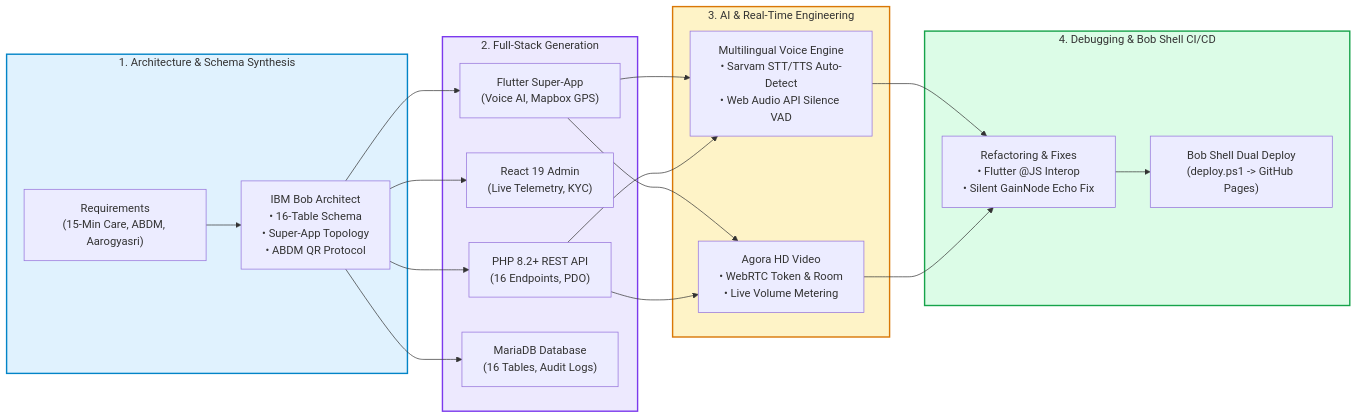
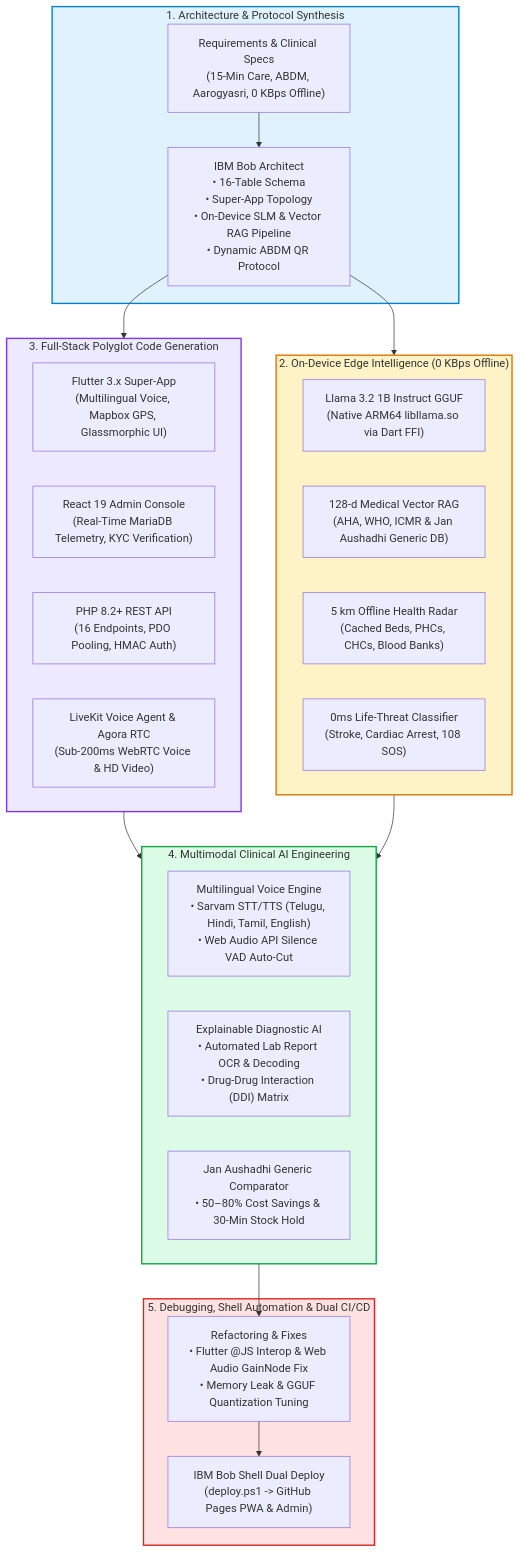
The diagram in Important_Files/IBM_BOB.md (pavanstarkin-tech/sanjeevani-ai), drawn with Mermaid before and after one commit. The commit also changed other lines of this file and 102 other files, not shown here.

Commit message:
feat: Sanjeevani.ai updates — brand logo, splash flow UI gallery, and IBM Bob architecture report

````diff
--- a/Important_Files/IBM_BOB.md
+++ b/Important_Files/IBM_BOB.md
@@ -11,31 +11,42 @@
 ```mermaid
-flowchart LR
-    subgraph BobArchitecture["1. Architecture & Schema Synthesis"]
-        Spec["Requirements<br/>(15-Min Care, ABDM, Aarogyasri)"] --> BobArch["IBM Bob Architect<br/>• 16-Table Schema<br/>• Super-App Topology<br/>• ABDM QR Protocol"]
+flowchart TD
+    subgraph BobArchitecture["1. Architecture & Protocol Synthesis"]
+        Spec["Requirements & Clinical Specs<br/>(15-Min Care, ABDM, Aarogyasri, 0 KBps Offline)"] --> BobArch["IBM Bob Architect<br/>• 16-Table Schema<br/>• Super-App Topology<br/>• On-Device SLM & Vector RAG Pipeline<br/>• Dynamic ABDM QR Protocol"]
     end
 
-    subgraph BobCodeGen["2. Full-Stack Generation"]
-        BobFlutter["Flutter Super-App<br/>(Voice AI, Mapbox GPS)"]
-        BobReact["React 19 Admin<br/>(Live Telemetry, KYC)"]
-        BobPHP["PHP 8.2+ REST API<br/>(16 Endpoints, PDO)"]
-        BobSQL["MariaDB Database<br/>(16 Tables, Audit Logs)"]
+    subgraph BobEdgeAI["2. On-Device Edge Intelligence (0 KBps Offline)"]
+        BobSLM["Llama 3.2 1B Instruct GGUF<br/>(Native ARM64 libllama.so via Dart FFI)"]
+        BobRAG["128-d Medical Vector RAG<br/>(AHA, WHO, ICMR & Jan Aushadhi Generic DB)"]
+        BobRadar["5 km Offline Health Radar<br/>(Cached Beds, PHCs, CHCs, Blood Banks)"]
+        BobFast["0ms Life-Threat Classifier<br/>(Stroke, Cardiac Arrest, 108 SOS)"]
     end
 
-    subgraph BobAIIntegration["3. AI & Real-Time Engineering"]
-        BobVoice["Multilingual Voice Engine<br/>• Sarvam STT/TTS Auto-Detect<br/>• Web Audio API Silence VAD"]
-        BobWebRTC["Agora HD Video<br/>• WebRTC Token & Room<br/>• Live Volume Metering"]
+    subgraph BobCodeGen["3. Full-Stack Polyglot Code Generation"]
+        BobFlutter["Flutter 3.x Super-App<br/>(Multilingual Voice, Mapbox GPS, Glassmorphic UI)"]
+        BobReact["React 19 Admin Console<br/>(Real-Time MariaDB Telemetry, KYC Verification)"]
+        BobPHP["PHP 8.2+ REST API<br/>(16 Endpoints, PDO Pooling, HMAC Auth)"]
+        BobLiveKit["LiveKit Voice Agent & Agora RTC<br/>(Sub-200ms WebRTC Voice & HD Video)"]
     end
 
-    subgraph BobQA["4. Debugging & Bob Shell CI/CD"]
-        BobFix["Refactoring & Fixes<br/>• Flutter @JS Interop<br/>• Silent GainNode Echo Fix"] --> BobDeploy["Bob Shell Dual Deploy<br/>(deploy.ps1 -> GitHub Pages)"]
+    subgraph BobAIIntegration["4. Multimodal Clinical AI Engineering"]
+        BobVoice["Multilingual Voice Engine<br/>• Sarvam STT/TTS (Telugu, Hindi, Tamil, English)<br/>• Web Audio API Silence VAD Auto-Cut"]
+        BobExplainable["Explainable Diagnostic AI<br/>• Automated Lab Report OCR & Decoding<br/>• Drug-Drug Interaction (DDI) Matrix"]
+        BobJanAushadhi["Jan Aushadhi Generic Comparator<br/>• 50–80% Cost Savings & 30-Min Stock Hold"]
     end
 
-    BobArch --> BobFlutter & BobReact & BobPHP & BobSQL
-    BobFlutter & BobPHP --> BobVoice & BobWebRTC
-    BobVoice & BobWebRTC --> BobFix
+    subgraph BobQA["5. Debugging, Shell Automation & Dual CI/CD"]
+        BobFix["Refactoring & Fixes<br/>• Flutter @JS Interop & Web Audio GainNode Fix<br/>• Memory Leak & GGUF Quantization Tuning"] --> BobDeploy["IBM Bob Shell Dual Deploy<br/>(deploy.ps1 -> GitHub Pages PWA & Admin)"]
+    end
+
+    BobArch --> BobEdgeAI
+    BobArch --> BobCodeGen
+    BobCodeGen --> BobAIIntegration
+    BobEdgeAI --> BobAIIntegration
+    BobAIIntegration --> BobFix
 
     style BobArchitecture fill:#E0F2FE,stroke:#0284C7,stroke-width:2px
+    style BobEdgeAI fill:#FEF3C7,stroke:#D97706,stroke-width:2px
     style BobCodeGen fill:#EDE9FE,stroke:#7C3AED,stroke-width:2px
-    style BobAIIntegration fill:#FEF3C7,stroke:#D97706,stroke-width:2px
-    style BobQA fill:#DCFCE7,stroke:#16A34A,stroke-width:2px
+    style BobAIIntegration fill:#DCFCE7,stroke:#16A34A,stroke-width:2px
+    style BobQA fill:#FEE2E2,stroke:#DC2626,stroke-width:2px
 ```
````
